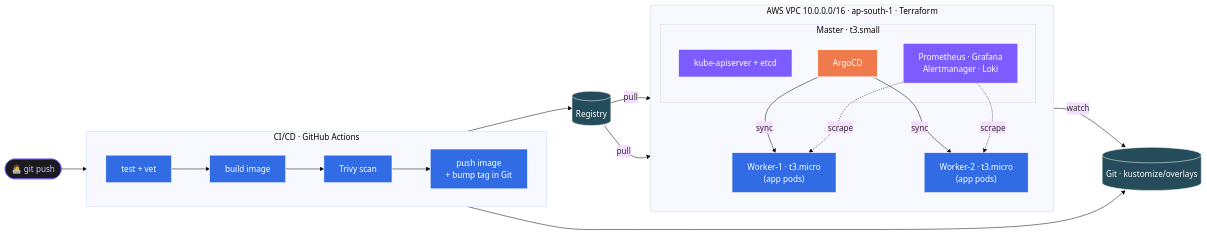
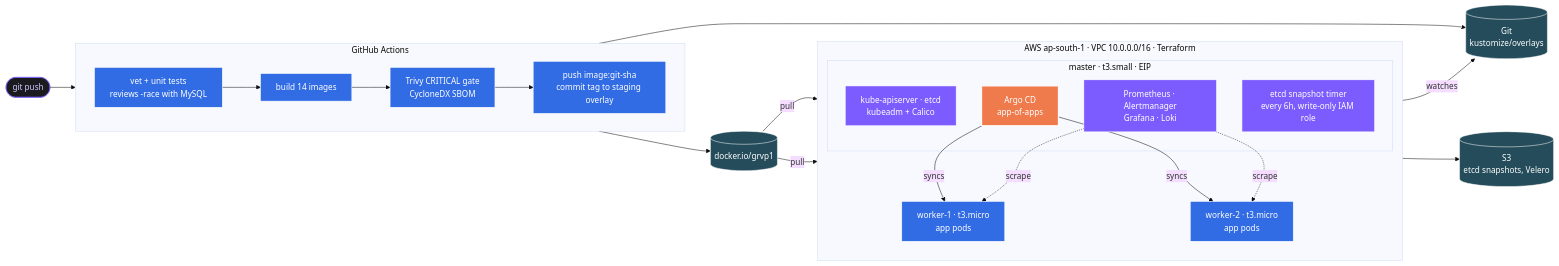
The second of 3 diagrams in README.md (grvtech1/VANTA-Boutique), drawn with Mermaid (base theme) before and after one commit. The commit also changed other lines of this file, not shown here.

````diff
--- a/README.md
+++ b/README.md
@@ -168,40 +129,43 @@
 ```mermaid
 flowchart LR
-    dev([👩‍💻 git push]):::ext
+    dev([git push]):::ext
 
-    subgraph ci["CI/CD · GitHub Actions"]
+    subgraph ci["GitHub Actions"]
       direction LR
-      test[test + vet] --> build[build image] --> scan[Trivy scan] --> ship[push image<br/>+ bump tag in Git]
+      test["vet + unit tests<br/>reviews -race with MySQL"] --> build["build 14 images"] --> scan["Trivy CRITICAL gate<br/>CycloneDX SBOM"] --> ship["push image:git-sha<br/>commit tag to staging overlay"]
     end
 
-    reg[("Registry")]:::store
-    gitcfg[("Git · kustomize/overlays")]:::store
+    reg[("docker.io/grvp1")]:::store
+    git[("Git<br/>kustomize/overlays")]:::store
+    s3[("S3<br/>etcd snapshots, Velero")]:::store
 
-    subgraph aws["AWS VPC 10.0.0.0/16 · ap-south-1 · Terraform"]
+    subgraph aws["AWS ap-south-1 · VPC 10.0.0.0/16 · Terraform"]
       direction TB
-      subgraph master["Master · t3.small"]
-        api["kube-apiserver + etcd"]:::edge
-        argo["ArgoCD"]:::new
-        obs["Prometheus · Grafana<br/>Alertmanager · Loki"]:::edge
+      subgraph master["master · t3.small · EIP"]
+        api["kube-apiserver · etcd<br/>kubeadm + Calico"]:::edge
+        argo["Argo CD<br/>app-of-apps"]:::argo
+        obs["Prometheus · Alertmanager<br/>Grafana · Loki"]:::edge
+        snap["etcd snapshot timer<br/>every 6h, write-only IAM role"]:::edge
       end
-      w1["Worker-1 · t3.micro<br/>(app pods)"]:::node
-      w2["Worker-2 · t3.micro<br/>(app pods)"]:::node
+      w1["worker-1 · t3.micro<br/>app pods"]:::node
+      w2["worker-2 · t3.micro<br/>app pods"]:::node
     end
 
     dev --> test
     ship --> reg
-    ship --> gitcfg
-    argo -->|watch| gitcfg
-    argo -->|sync| w1
-    argo -->|sync| w2
+    ship --> git
+    argo -->|watches| git
+    argo -->|syncs| w1
+    argo -->|syncs| w2
     reg -->|pull| w1
     reg -->|pull| w2
     obs -.->|scrape| w1
     obs -.->|scrape| w2
+    snap --> s3
 
-    classDef edge fill:#7c5cff,stroke:#fff,color:#fff;
-    classDef new  fill:#ef7b4d,stroke:#fff,color:#fff,stroke-width:2px;
-    classDef node fill:#326ce5,stroke:#fff,color:#fff;
+    classDef edge  fill:#7c5cff,stroke:#fff,color:#fff;
+    classDef argo  fill:#ef7b4d,stroke:#fff,color:#fff,stroke-width:2px;
+    classDef node  fill:#326ce5,stroke:#fff,color:#fff;
     classDef store fill:#244c5a,stroke:#fff,color:#fff;
-    classDef ext  fill:#1b1b1f,stroke:#7c5cff,color:#cfc6ff;
+    classDef ext   fill:#1b1b1f,stroke:#7c5cff,color:#cfc6ff;
 ```
````
